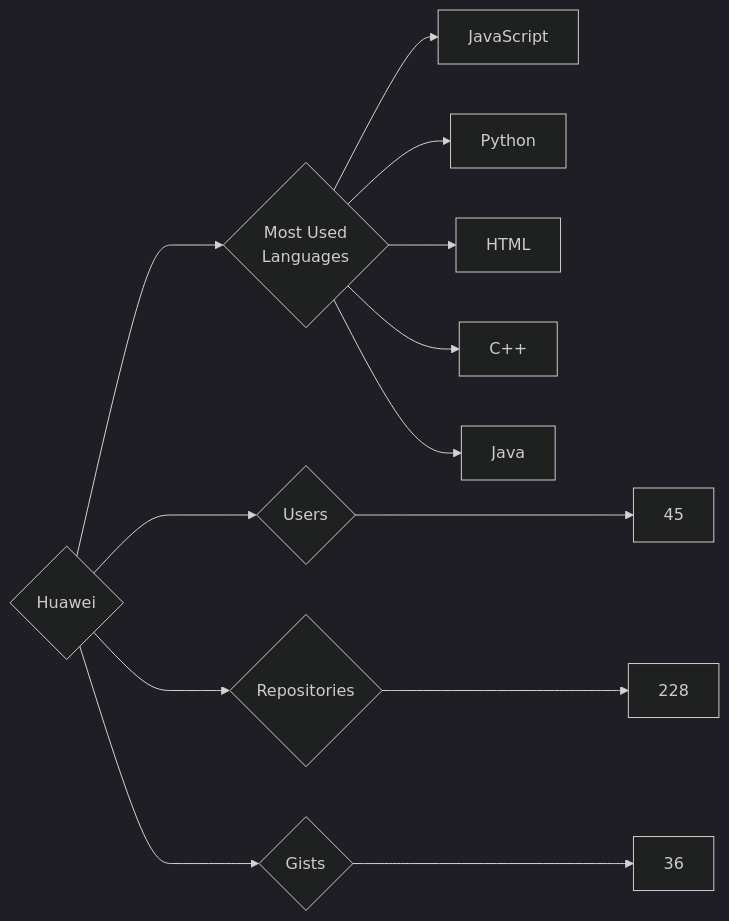
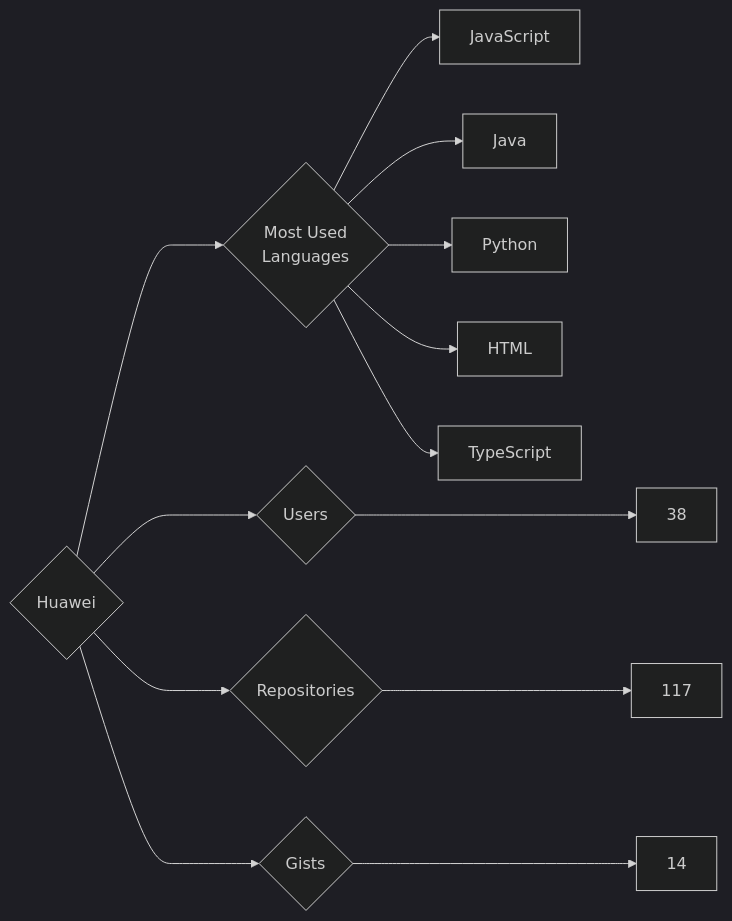
The diagram in targets/Huawei/README.md (trickest/insiders), drawn with Mermaid (dark theme) before and after one commit. The commit also changed 681 other files, not shown here.

````diff
--- a/targets/Huawei/README.md
+++ b/targets/Huawei/README.md
@@ -3,13 +3,13 @@
 ```mermaid
 graph LR
 COMPANY_NAME{Huawei}
-COMPANY_NAME ---> U{Users} ---> UN[45]
-COMPANY_NAME ---> R{Repositories} ---> RN[228]
-COMPANY_NAME ---> G{Gists} ---> GN[36]
+COMPANY_NAME ---> U{Users} ---> UN[38]
+COMPANY_NAME ---> R{Repositories} ---> RN[117]
+COMPANY_NAME ---> G{Gists} ---> GN[14]
 COMPANY_NAME ---> ML{Most Used<br>Languages}
 ML --> JavaScript[JavaScript]
+ML --> Java[Java]
 ML --> Python[Python]
 ML --> HTML[HTML]
-ML --> C++[C++]
-ML --> Java[Java]
+ML --> TypeScript[TypeScript]
 ```
````
